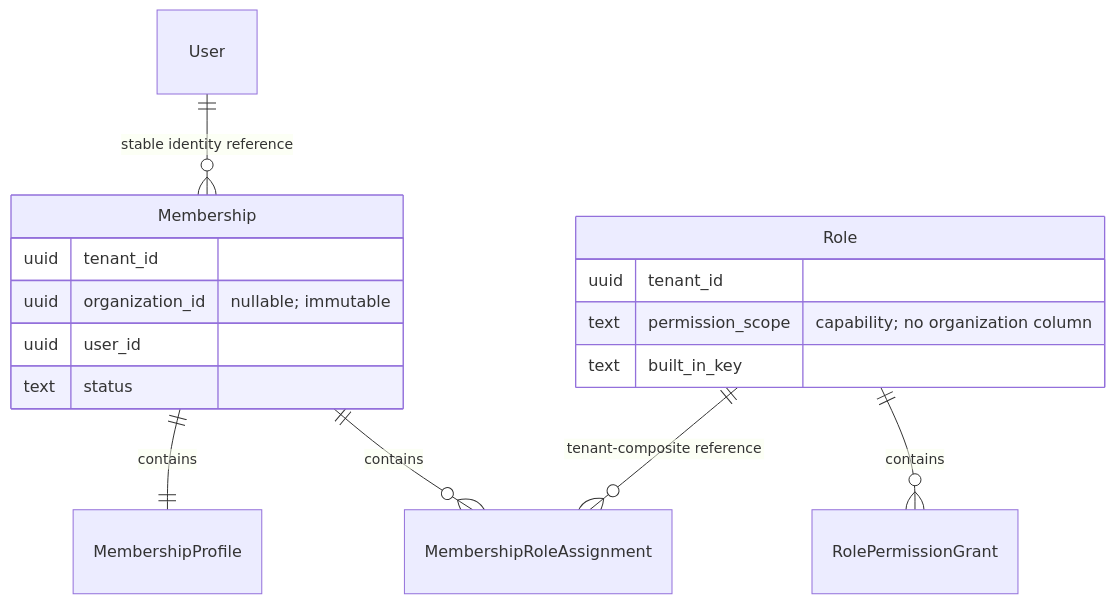
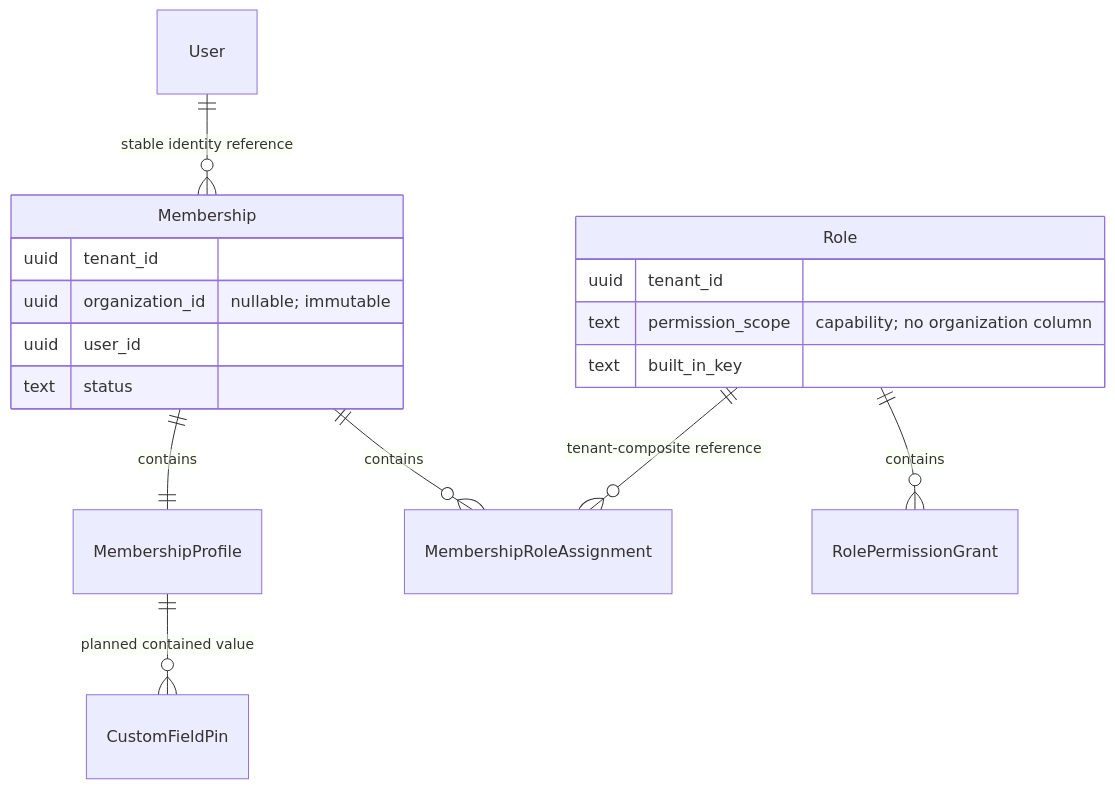
One commit to HodeTech/LearnStack changed the first of 4 diagrams in docs/modules/identity/README.md. Above: the diagram before and after it, drawn with Mermaid. The commit also changed other lines of this file and 109 other files, not shown here.

````diff
--- a/docs/modules/identity/README.md
+++ b/docs/modules/identity/README.md
@@ -579,19 +591,20 @@
 ```mermaid
 erDiagram
     User ||--o{ Membership : "stable identity reference"
     Membership ||--|| MembershipProfile : contains
+    MembershipProfile ||--o{ CustomFieldPin : "planned contained value"
     Membership ||--o{ MembershipRoleAssignment : contains
     Role ||--o{ MembershipRoleAssignment : "tenant-composite reference"
     Role ||--o{ RolePermissionGrant : contains
     Membership {
         uuid tenant_id
         uuid organization_id "nullable; immutable"
         uuid user_id
         text status
     }
     Role {
         uuid tenant_id
         text permission_scope "capability; no organization column"
         text built_in_key
     }
 ```
````
